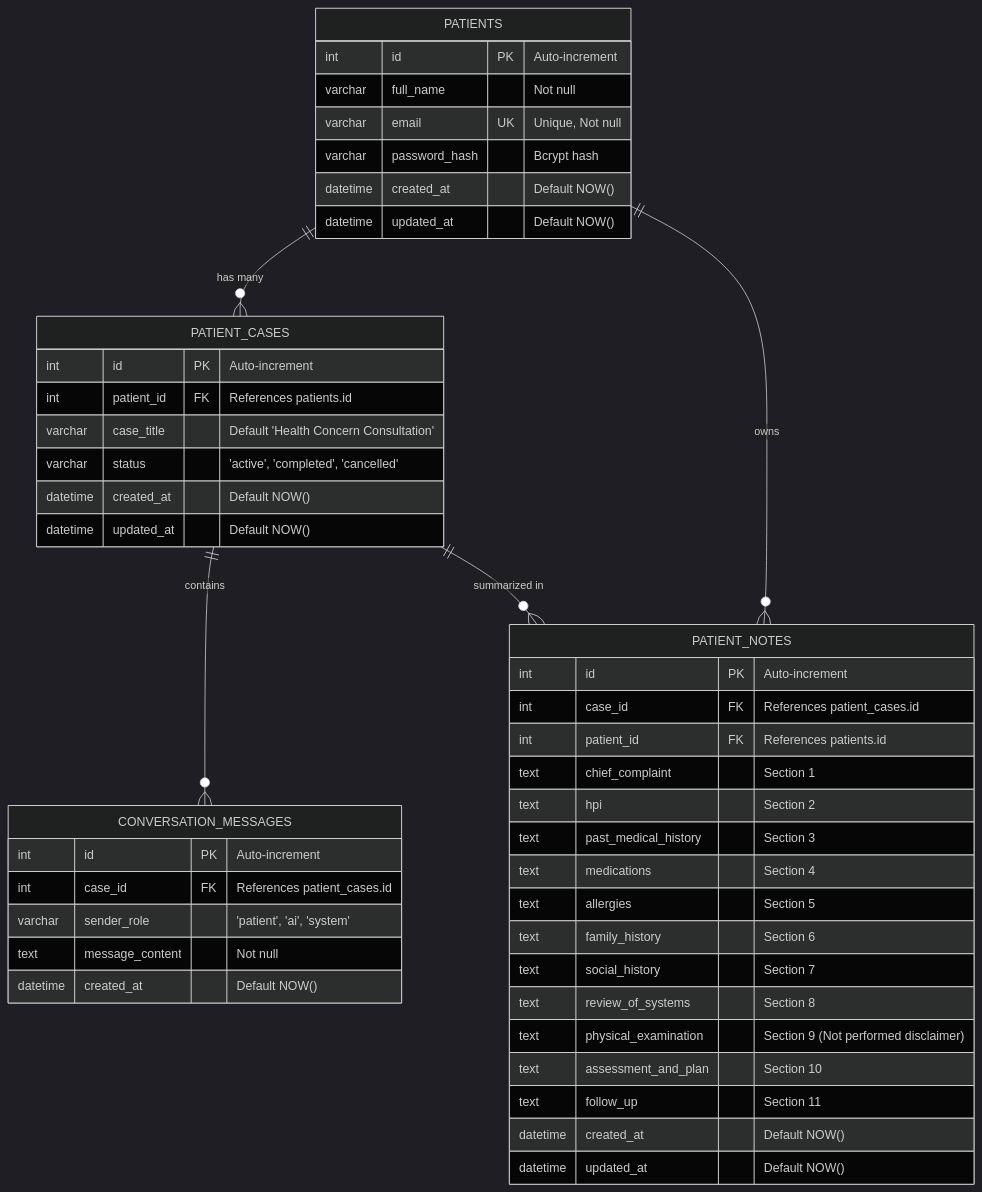
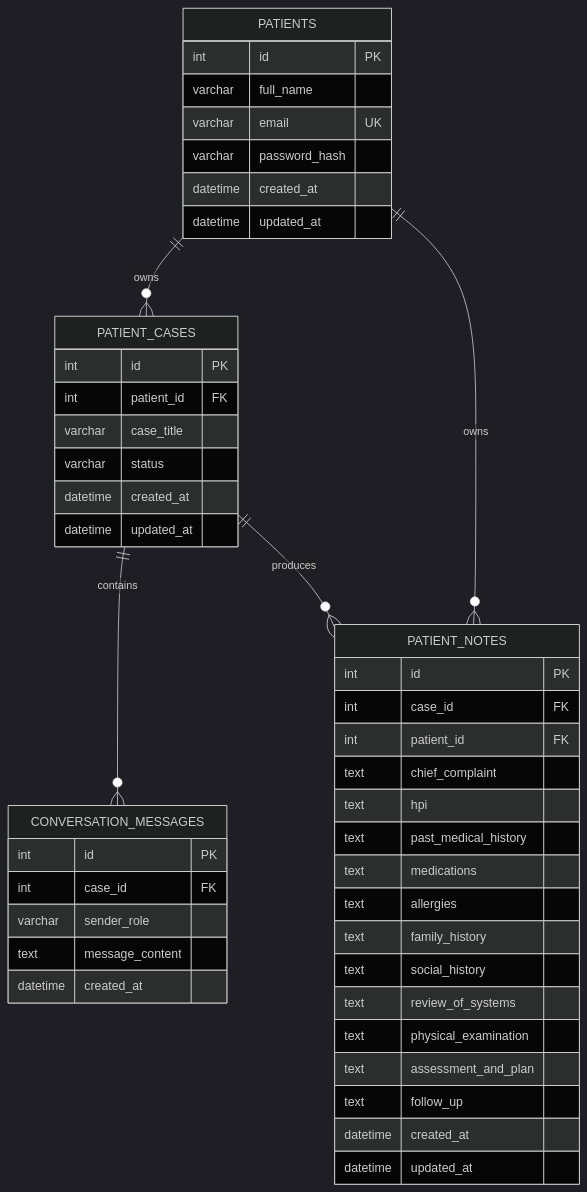
The second of 2 diagrams in README.md (tanmai192/DocuMedi), drawn with Mermaid (dark theme) before and after one commit. The commit also changed other lines of this file, not shown here.

````diff
--- a/README.md
+++ b/README.md
@@ -120,52 +196,52 @@
 ```mermaid
 erDiagram
-    PATIENTS ||--o{ PATIENT_CASES : "has many"
-    PATIENTS ||--o{ PATIENT_NOTES : "owns"
-    PATIENT_CASES ||--o{ CONVERSATION_MESSAGES : "contains"
-    PATIENT_CASES ||--o{ PATIENT_NOTES : "summarized in"
+    PATIENTS ||--o{ PATIENT_CASES : owns
+    PATIENTS ||--o{ PATIENT_NOTES : owns
+    PATIENT_CASES ||--o{ CONVERSATION_MESSAGES : contains
+    PATIENT_CASES ||--o{ PATIENT_NOTES : produces
 
     PATIENTS {
-        int id PK "Auto-increment"
-        varchar full_name "Not null"
-        varchar email UK "Unique, Not null"
-        varchar password_hash "Bcrypt hash"
-        datetime created_at "Default NOW()"
-        datetime updated_at "Default NOW()"
+        int id PK
+        varchar full_name
+        varchar email UK
+        varchar password_hash
+        datetime created_at
+        datetime updated_at
     }
 
     PATIENT_CASES {
-        int id PK "Auto-increment"
-        int patient_id FK "References patients.id"
-        varchar case_title "Default 'Health Concern Consultation'"
-        varchar status "'active', 'completed', 'cancelled'"
-        datetime created_at "Default NOW()"
-        datetime updated_at "Default NOW()"
+        int id PK
+        int patient_id FK
+        varchar case_title
+        varchar status
+        datetime created_at
+        datetime updated_at
     }
 
     CONVERSATION_MESSAGES {
-        int id PK "Auto-increment"
-        int case_id FK "References patient_cases.id"
-        varchar sender_role "'patient', 'ai', 'system'"
-        text message_content "Not null"
-        datetime created_at "Default NOW()"
+        int id PK
+        int case_id FK
+        varchar sender_role
+        text message_content
+        datetime created_at
     }
 
     PATIENT_NOTES {
-        int id PK "Auto-increment"
-        int case_id FK "References patient_cases.id"
-        int patient_id FK "References patients.id"
-        text chief_complaint "Section 1"
-        text hpi "Section 2"
-        text past_medical_history "Section 3"
-        text medications "Section 4"
-        text allergies "Section 5"
-        text family_history "Section 6"
-        text social_history "Section 7"
-        text review_of_systems "Section 8"
-        text physical_examination "Section 9 (Not performed disclaimer)"
-        text assessment_and_plan "Section 10"
-        text follow_up "Section 11"
-        datetime created_at "Default NOW()"
-        datetime updated_at "Default NOW()"
+        int id PK
+        int case_id FK
+        int patient_id FK
+        text chief_complaint
+        text hpi
+        text past_medical_history
+        text medications
+        text allergies
+        text family_history
+        text social_history
+        text review_of_systems
+        text physical_examination
+        text assessment_and_plan
+        text follow_up
+        datetime created_at
+        datetime updated_at
     }
 ```
````
